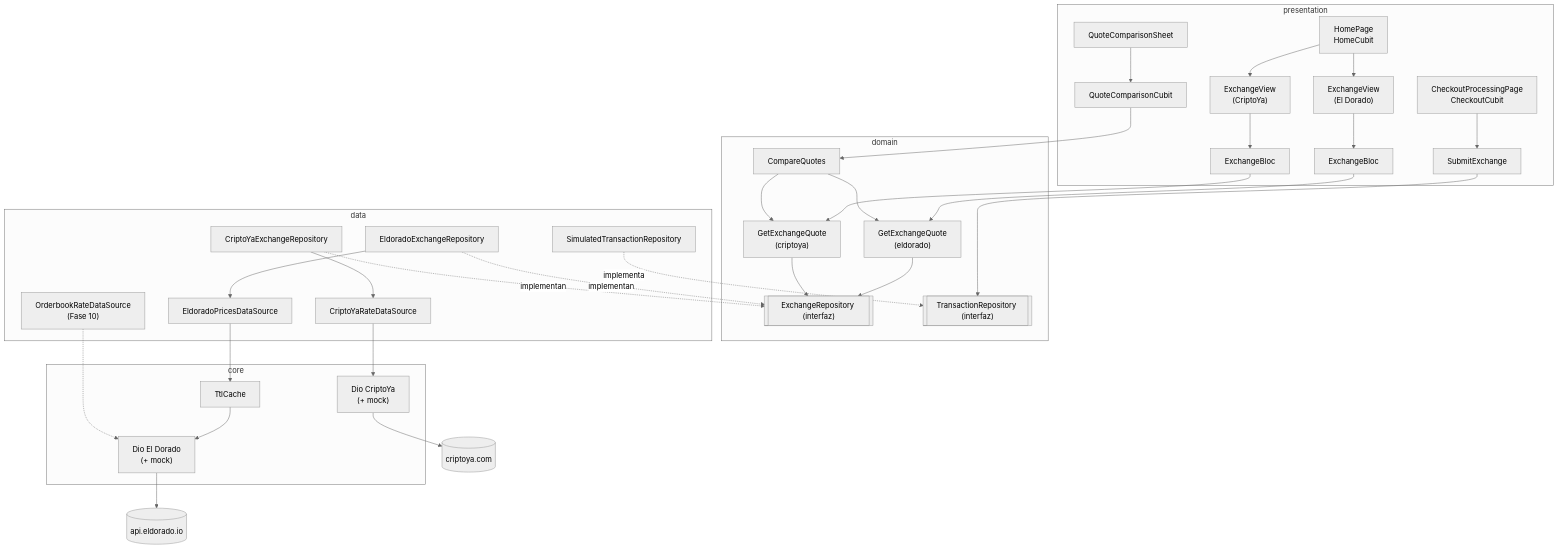
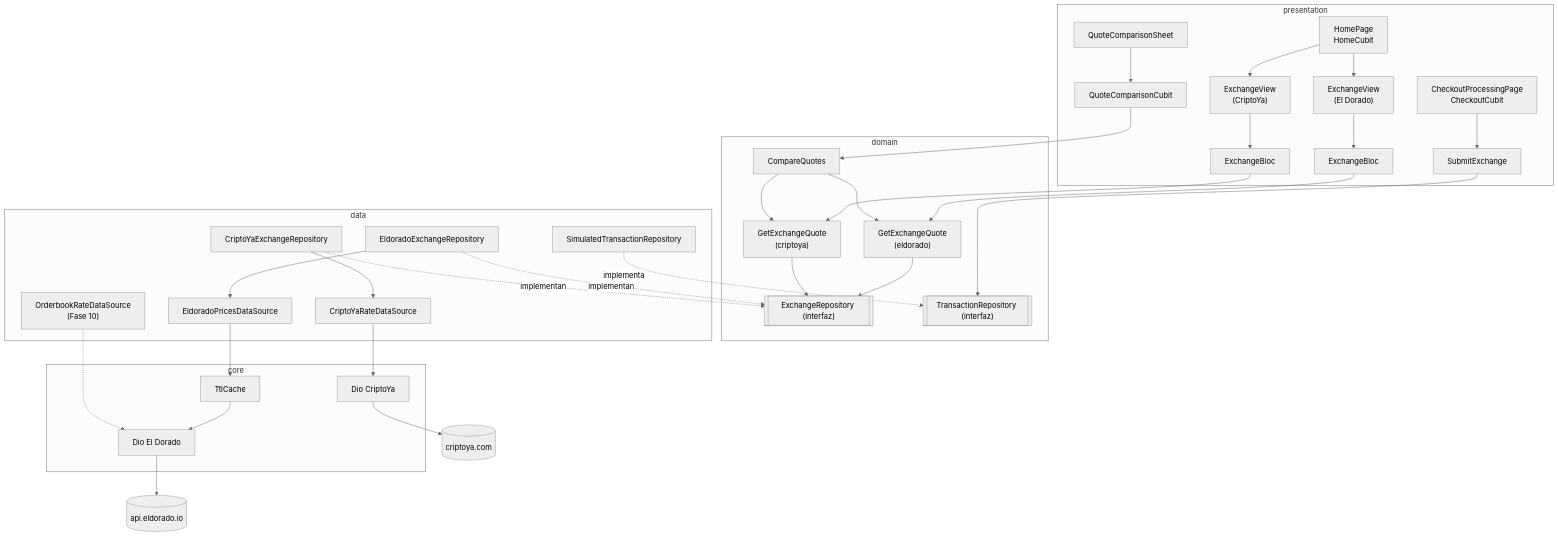
Before and after one commit to maujpok/coding-dorado: the first of 3 diagrams in ARCHITECTURE.md, drawn with Mermaid (neutral theme). The commit also changed other lines of this file and 37 other files, not shown here.

````diff
--- a/ARCHITECTURE.md
+++ b/ARCHITECTURE.md
@@ -52,38 +52,38 @@
 ```mermaid
 flowchart TB
   subgraph presentation
     Home["HomePage<br/>HomeCubit"] --> V1["ExchangeView<br/>(El Dorado)"] & V2["ExchangeView<br/>(CriptoYa)"]
     V1 --> B1["ExchangeBloc"]
     V2 --> B2["ExchangeBloc"]
     Sheet[QuoteComparisonSheet] --> CC[QuoteComparisonCubit]
     Checkout["CheckoutProcessingPage<br/>CheckoutCubit"] --> SE
   end
   subgraph domain
     Q1["GetExchangeQuote<br/>(eldorado)"]
     Q2["GetExchangeQuote<br/>(criptoya)"]
     CQ[CompareQuotes]
     RepoI[["ExchangeRepository (interfaz)"]]
     SE[SubmitExchange] --> TxI[["TransactionRepository (interfaz)"]]
   end
   subgraph data
     RE[EldoradoExchangeRepository] --> EP[EldoradoPricesDataSource]
     RC[CriptoYaExchangeRepository] --> CY[CriptoYaRateDataSource]
     OB["OrderbookRateDataSource<br/>(Fase 10)"]
     ST[SimulatedTransactionRepository]
   end
   subgraph core
     Cache[TtlCache]
-    D1["Dio El Dorado<br/>(+ mock)"]
-    D2["Dio CriptoYa<br/>(+ mock)"]
+    D1["Dio El Dorado"]
+    D2["Dio CriptoYa"]
   end
   B1 --> Q1 --> RepoI
   B2 --> Q2 --> RepoI
   CC --> CQ --> Q1 & Q2
   RE & RC -.implementan.-> RepoI
   ST -.implementa.-> TxI
   EP --> Cache --> D1
   CY --> D2
   OB -.-> D1
   D1 --> API1[(api.eldorado.io)]
   D2 --> API2[(criptoya.com)]
 ```
````
